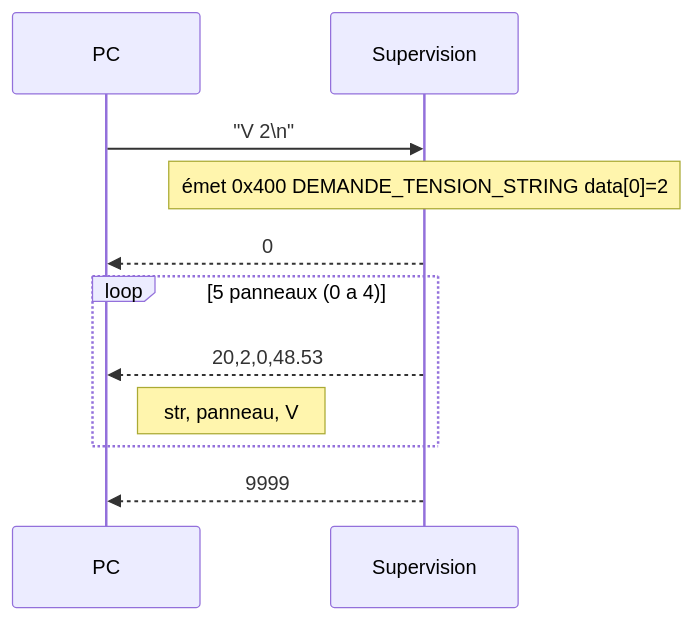
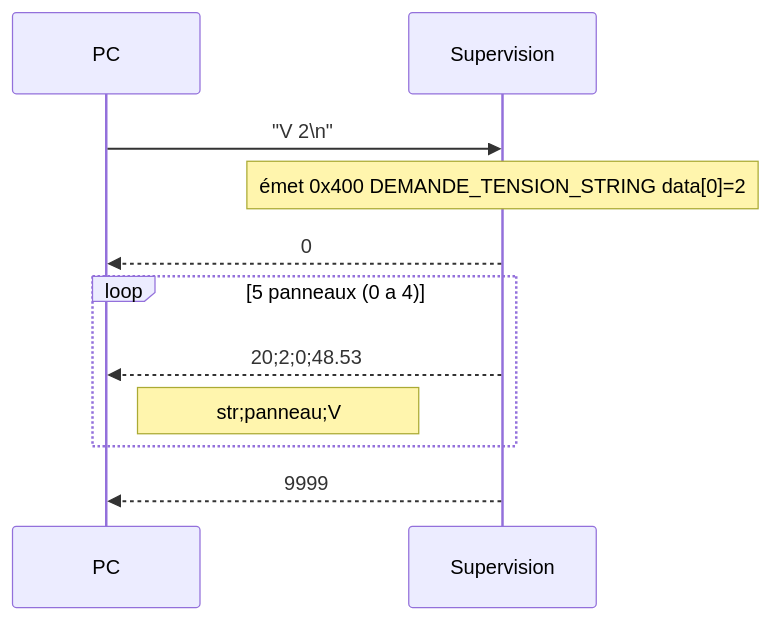
One commit to baptisteB00/Projet_LAOS changed the sixth of 8 diagrams in docs/serial_protocol.md. Above: the diagram before and after it, drawn with Mermaid. The commit also changed other lines of this file, not shown here.

Commit message:
fix : point-virgules dans diagrammes mermaid via entite #59;

````diff
--- a/docs/serial_protocol.md
+++ b/docs/serial_protocol.md
@@ -198,14 +198,14 @@
 ```mermaid
 sequenceDiagram
     participant PC
     participant SUP as Supervision
 
     PC->>SUP: "V 2\n"
     Note over SUP: émet 0x400 DEMANDE_TENSION_STRING data[0]=2
     SUP-->>PC: 0
     loop 5 panneaux (0 a 4)
-        SUP-->>PC: 20,2,0,48.53
-        Note right of PC: str, panneau, V
+        SUP-->>PC: 20#59;2#59;0#59;48.53
+        Note right of PC: str#59;panneau#59;V
     end
     SUP-->>PC: 9999
 ```
````
